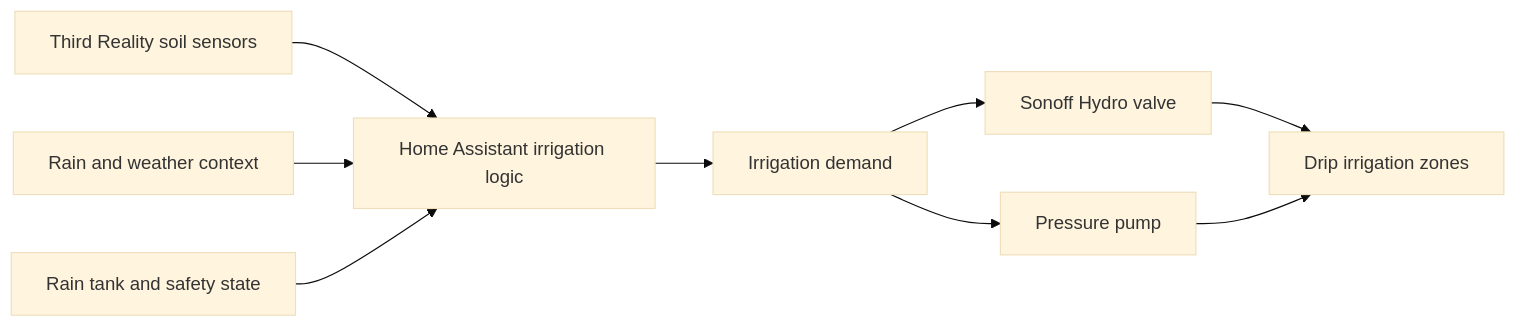
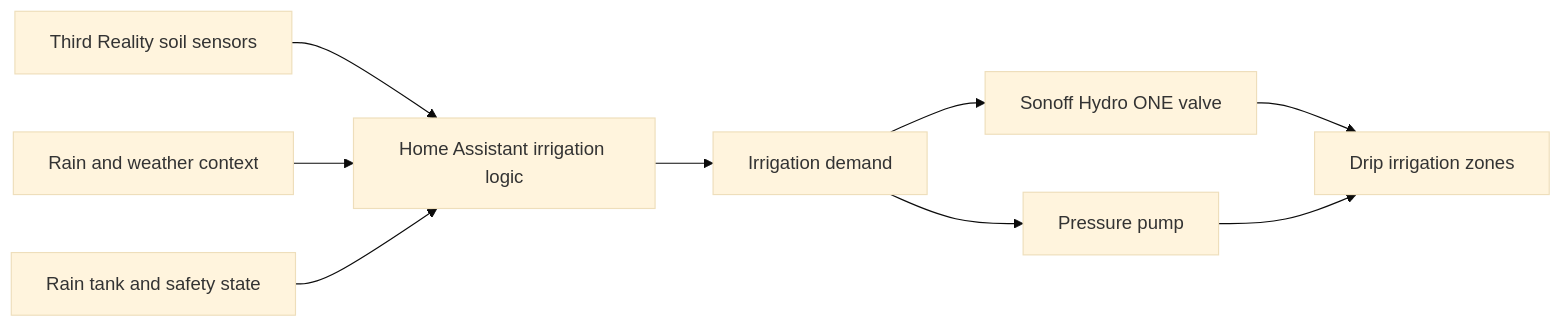
Before and after one commit to BeardedTinker/video-assets: the diagram in smart-irrigation-home-assistant/README.md, drawn with Mermaid (base theme). The commit also changed other lines of this file and 2 other files, not shown here.

````diff
--- a/smart-irrigation-home-assistant/README.md
+++ b/smart-irrigation-home-assistant/README.md
@@ -15,11 +15,11 @@
 ```mermaid
 flowchart LR
     soil[Third Reality soil sensors] --> ha[Home Assistant irrigation logic]
     weather[Rain and weather context] --> ha
     tank[Rain tank and safety state] --> ha
     ha --> demand[Irrigation demand]
-    demand --> valve[Sonoff Hydro valve]
+    demand --> valve[Sonoff Hydro ONE valve]
     demand --> pump[Pressure pump]
     valve --> zones[Drip irrigation zones]
     pump --> zones
 ```
````
